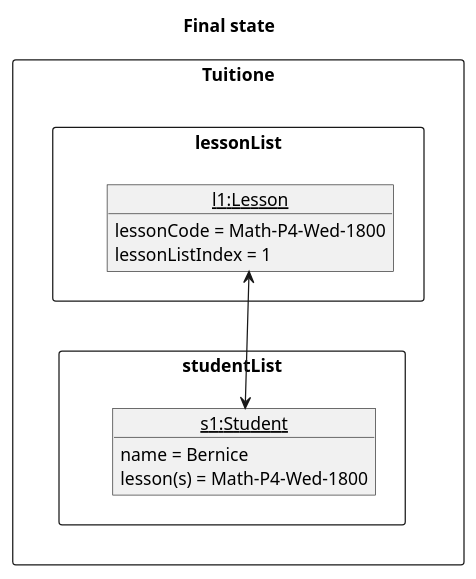
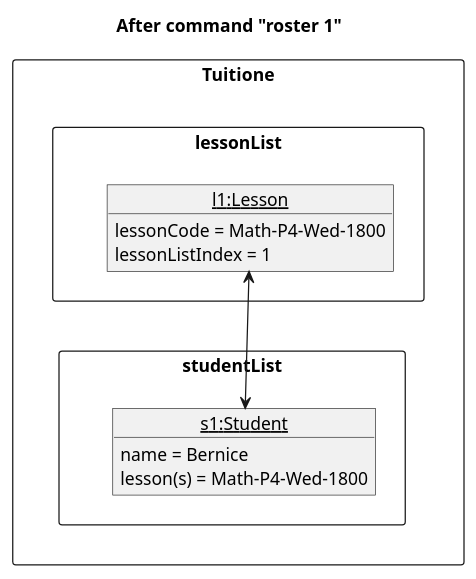
Before and after one commit to nus-cs2103-AY2122S1/tp: the diagram in docs/diagrams/RosterState1.puml, drawn with PlantUML. The commit also changed 1 other file, not shown here.

Commit message:
Update RosterState1 diagram

```diff
--- a/docs/diagrams/RosterState1.puml
+++ b/docs/diagrams/RosterState1.puml
@@ -1,27 +1,27 @@
 @startuml
 'https://plantuml.com/object-diagram
 
-title Final state
+title After command "roster 1"
 
 package Tuitione <<rectangle>> {
 
     package lessonList <<rectangle>> {
         object "<u>l1:Lesson" as Lesson1 {
         lessonCode = Math-P4-Wed-1800
         lessonListIndex = 1
         }
     }
 
     package studentList <<rectangle>> {
         object "<u>s1:Student" as Student1 {
         name = Bernice
         lesson(s) = Math-P4-Wed-1800
         }
     }
 }
 
 studentList -[hidden]up-> lessonList
 
 Lesson1 <--> Student1
 
 @end
```
